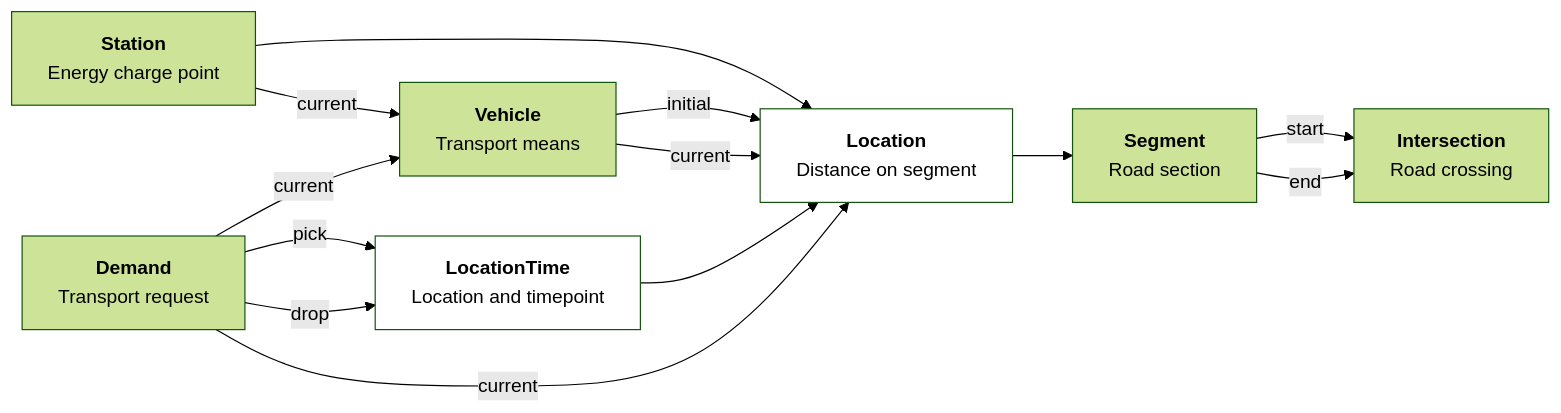
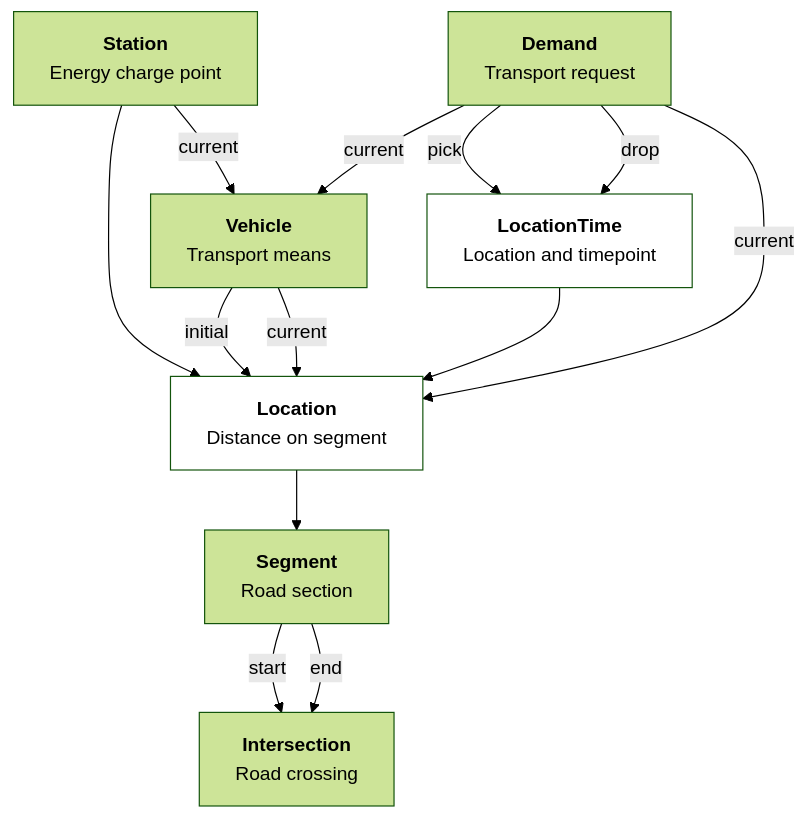
One commit to ghackenberg/Transport-IDE changed the first of 2 diagrams in README.md. Above: the diagram before and after it, drawn with Mermaid (forest theme).

Commit message:
change diagram direction

````diff
--- a/README.md
+++ b/README.md
@@ -45,26 +45,26 @@
 ```mermaid
-flowchart LR
+flowchart TB
   Station["<b>Station</b><br/>Energy charge point"]
   Vehicle["<b>Vehicle</b><br/>Transport means"]
   Demand["<b>Demand</b><br/>Transport request"]
   Segment["<b>Segment</b><br/>Road section"]
   Intersection["<b>Intersection</b><br/>Road crossing"]
   Location["<b>Location</b><br/>Distance on segment"]
   LocationTime["<b>LocationTime</b><br/>Location and timepoint"]
 
   Station --> Location
   Station --current--> Vehicle
   Vehicle --initial--> Location
   Vehicle --current--> Location
   LocationTime --> Location
   Demand --current--> Vehicle
   Demand --pick--> LocationTime
   Demand --drop--> LocationTime
   Demand --current--> Location
   Location --> Segment
   Segment --start--> Intersection
   Segment --end--> Intersection
 
   style Location fill:white
   style LocationTime fill:white
 ```
````
